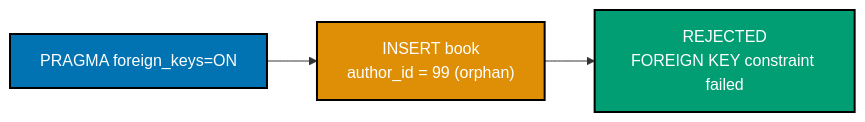
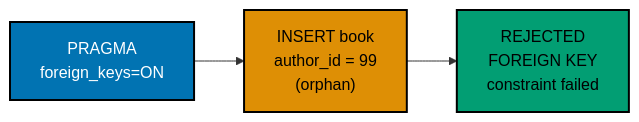
Before and after one commit to wahidyankf/ose-public: the seventh of 9 diagrams in apps/ayokoding-www/content/en/learn/courses/sql-essentials/learning/beginner.md, drawn with Mermaid. The commit also changed other lines of this file and 145 other files, not shown here.

First line of the commit message:
fix(mermaid): bring the second half of the courses diagrams onto the accessible palette

````diff
--- a/apps/ayokoding-www/content/en/learn/courses/sql-essentials/learning/beginner.md
+++ b/apps/ayokoding-www/content/en/learn/courses/sql-essentials/learning/beginner.md
@@ -1347,12 +1365,15 @@
 ```mermaid
 %% Color Palette: Blue #0173B2, Orange #DE8F05, Teal #029E73 -- color-blind friendly, WCAG AA
 flowchart LR
-    A["PRAGMA foreign_keys=ON"]:::blue
-    B["INSERT book<br/>author_id = 99 #40;orphan#41;"]:::orange
-    C["REJECTED<br/>FOREIGN KEY constraint failed"]:::teal
+    accTitle: Example 27: Enforce Foreign Key
+    accDescr: Flowchart with 3 nodes and 2 connections. Nodes: PRAGMA foreign_keys=ON, INSERT book author_id = 99 40orphan41, REJECTED FOREIGN KEY constraint failed. Connections: PRAGMA foreign_keys=ON to INSERT book author_id = 99 40orphan41, INSERT book author_id = 99 40orphan41 to REJECTED FOREIGN KEY constraint failed.
+    A["PRAGMA<br/>foreign_keys=ON"]:::blue
+    B["INSERT book<br/>author_id = 99<br/>#40;orphan#41;"]:::orange
+    C["REJECTED<br/>FOREIGN KEY<br/>constraint failed"]:::teal
     A --> B --> C
 
     classDef blue fill:#0173B2,stroke:#000000,color:#FFFFFF,stroke-width:2px
-    classDef orange fill:#DE8F05,stroke:#000000,color:#FFFFFF,stroke-width:2px
-    classDef teal fill:#029E73,stroke:#000000,color:#FFFFFF,stroke-width:2px
+    classDef orange fill:#DE8F05,stroke:#000000,color:#000000,stroke-width:2px
+    classDef teal fill:#029E73,stroke:#000000,color:#000000,stroke-width:2px
+    classDef default fill:#FFFFFF,stroke:#000000,color:#000000
 ```
````
